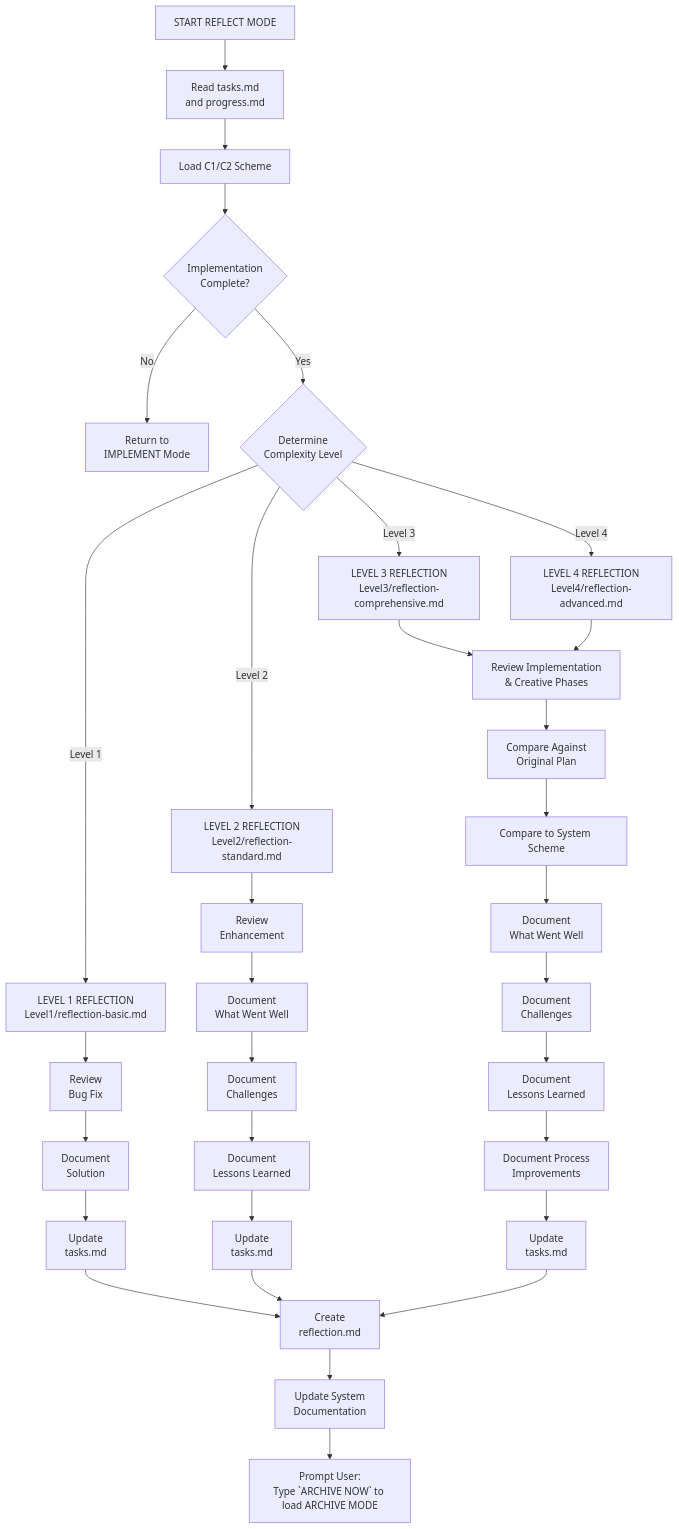
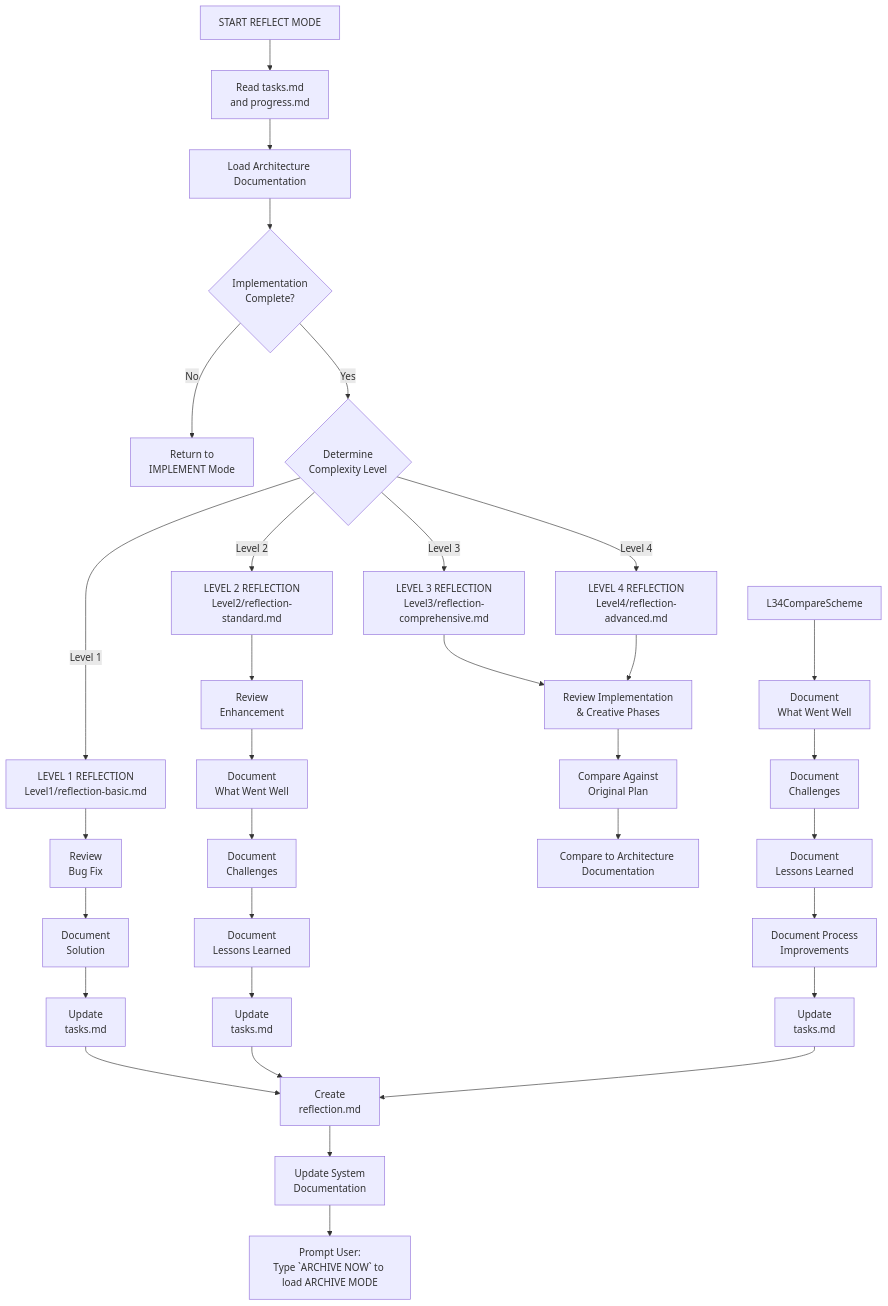
One commit to DennisGrammes/arc42-memory-bank changed the first of 5 diagrams in .github/instructions/rules/isolation_rules/visual-maps/reflect-mode-map.md. Above: the diagram before and after it, drawn with Mermaid. The commit also changed 25 other files, not shown here.

First line of the commit message:
feat: Migrate from C4 model to arc42 architecture documentation

````diff
--- a/.github/instructions/rules/isolation_rules/visual-maps/reflect-mode-map.md
+++ b/.github/instructions/rules/isolation_rules/visual-maps/reflect-mode-map.md
@@ -13,43 +13,43 @@
 ```mermaid
 graph TD
     Start["START REFLECT MODE"] --> ReadTasks["Read tasks.md<br>and progress.md"]
-    ReadTasks --> LoadScheme["Load C1/C2 Scheme"]
+    ReadTasks --> LoadScheme["Load Architecture Documentation"]
 
     %% Initial Assessment
     LoadScheme --> VerifyImplement{"Implementation<br>Complete?"}
     VerifyImplement -->|"No"| ReturnImplement["Return to<br>IMPLEMENT Mode"]
     VerifyImplement -->|"Yes"| AssessLevel{"Determine<br>Complexity Level"}
     
     %% Level-Based Reflection
     AssessLevel -->|"Level 1"| L1Reflect["LEVEL 1 REFLECTION<br>Level1/reflection-basic.md"]
     AssessLevel -->|"Level 2"| L2Reflect["LEVEL 2 REFLECTION<br>Level2/reflection-standard.md"]
     AssessLevel -->|"Level 3"| L3Reflect["LEVEL 3 REFLECTION<br>Level3/reflection-comprehensive.md"]
     AssessLevel -->|"Level 4"| L4Reflect["LEVEL 4 REFLECTION<br>Level4/reflection-advanced.md"]
     
     %% Level 1 Reflection (Quick)
     L1Reflect --> L1Review["Review<br>Bug Fix"]
     L1Review --> L1Document["Document<br>Solution"]
     L1Document --> L1Update["Update<br>tasks.md"]
     
     %% Level 2 Reflection (Standard)
     L2Reflect --> L2Review["Review<br>Enhancement"]
     L2Review --> L2WWW["Document<br>What Went Well"]
     L2WWW --> L2Challenges["Document<br>Challenges"]
     L2Challenges --> L2Lessons["Document<br>Lessons Learned"]
     L2Lessons --> L2Update["Update<br>tasks.md"]
     
     %% Level 3-4 Reflection (Comprehensive)
     L3Reflect & L4Reflect --> L34Review["Review Implementation<br>& Creative Phases"]
     L34Review --> L34Plan["Compare Against<br>Original Plan"]
-    L34Plan --> L34CompareScheme["Compare to System Scheme"]
+    L34Plan --> L34CompareArch["Compare to Architecture Documentation"]
     L34CompareScheme --> L34WWW["Document<br>What Went Well"]
     L34WWW --> L34Challenges["Document<br>Challenges"]
     L34Challenges --> L34Lessons["Document<br>Lessons Learned"]
     L34Lessons --> L34ImproveProcess["Document Process<br>Improvements"]
     L34ImproveProcess --> L34Update["Update<br>tasks.md"]
     
     %% Completion & Transition
     L1Update & L2Update & L34Update --> CreateReflection["Create<br>reflection.md"]
     CreateReflection --> UpdateSystem["Update System<br>Documentation"]
     UpdateSystem --> Transition["Prompt User:<br>Type `ARCHIVE NOW` to load ARCHIVE MODE"]
 ```
````
